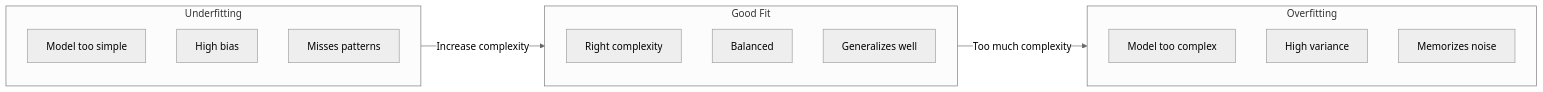
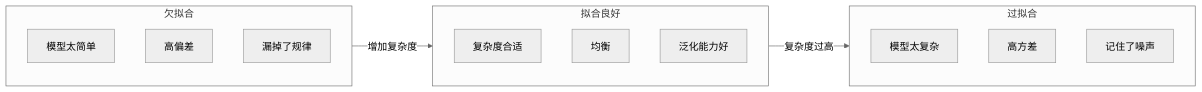
Before and after one commit to JerryC8080/ai-engineering-from-scratch-zh: the fifth of 6 diagrams in phases/02-ml-fundamentals/01-what-is-machine-learning/docs/zh.md, drawn with Mermaid (neutral theme). The commit also changed other lines of this file and 156 other files, not shown here.

First line of the commit message:
i18n(zh): translate mermaid diagram labels in 157 lesson zh.md

````diff
--- a/phases/02-ml-fundamentals/01-what-is-machine-learning/docs/zh.md
+++ b/phases/02-ml-fundamentals/01-what-is-machine-learning/docs/zh.md
@@ -185,23 +185,23 @@
 ```mermaid
 flowchart LR
-    subgraph UF["Underfitting"]
-        U1["Model too simple"]
-        U2["High bias"]
-        U3["Misses patterns"]
+    subgraph UF["欠拟合"]
+        U1["模型太简单"]
+        U2["高偏差"]
+        U3["漏掉了规律"]
     end
 
-    subgraph GF["Good Fit"]
-        G1["Right complexity"]
-        G2["Balanced"]
-        G3["Generalizes well"]
+    subgraph GF["拟合良好"]
+        G1["复杂度合适"]
+        G2["均衡"]
+        G3["泛化能力好"]
     end
 
-    subgraph OF["Overfitting"]
-        O1["Model too complex"]
-        O2["High variance"]
-        O3["Memorizes noise"]
+    subgraph OF["过拟合"]
+        O1["模型太复杂"]
+        O2["高方差"]
+        O3["记住了噪声"]
     end
 
-    UF -->|Increase complexity| GF
-    GF -->|Too much complexity| OF
+    UF -->|增加复杂度| GF
+    GF -->|复杂度过高| OF
 ```
````
